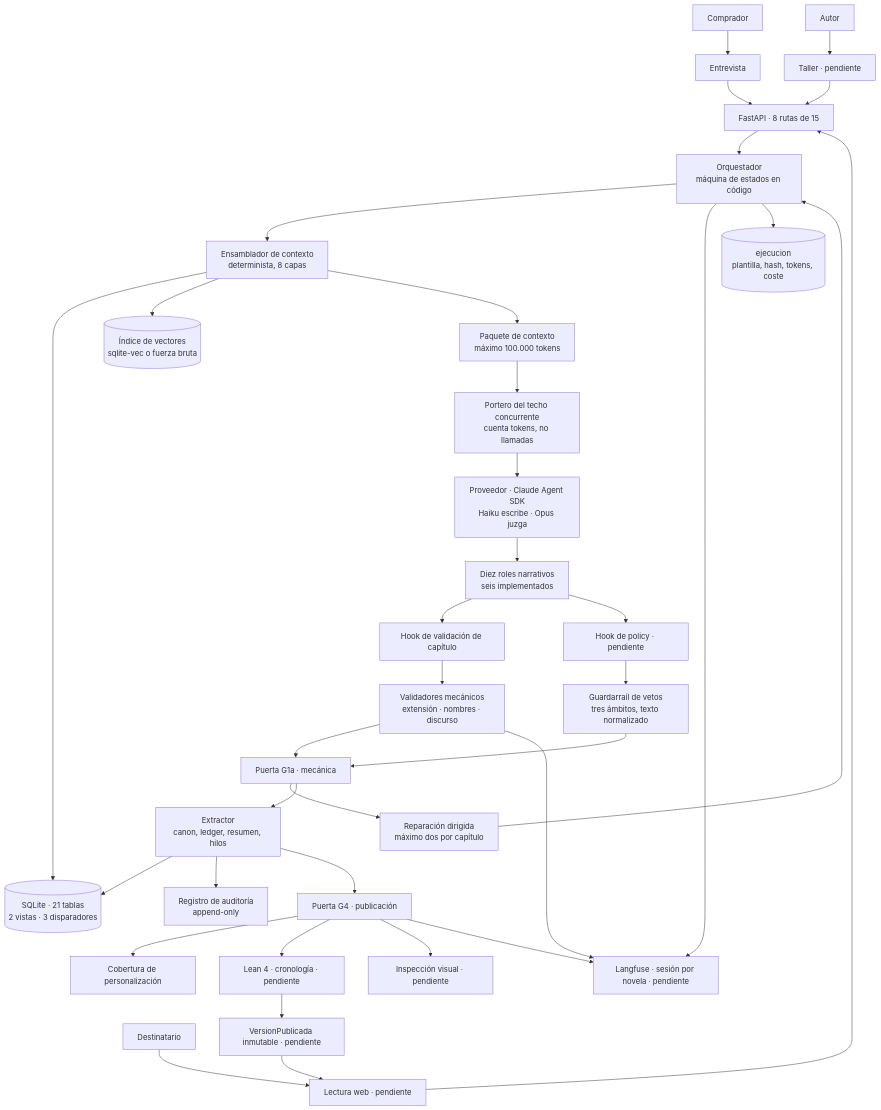
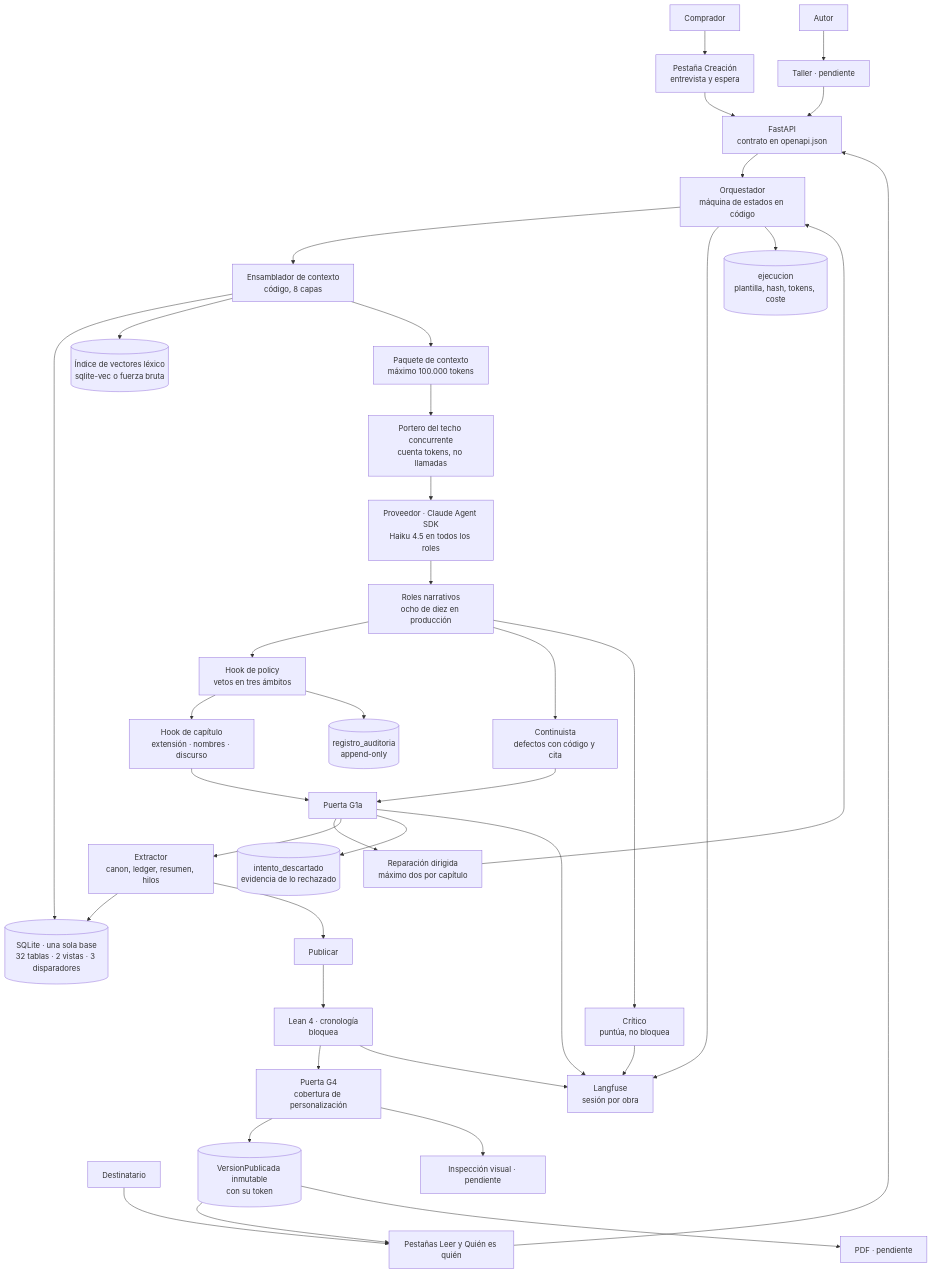
Before and after one commit to maujimenez4/ciberpunk-storymaker: the first of 8 diagrams in docs/proceso/diagramas.md, drawn with Mermaid. The commit also changed other lines of this file and 2 other files, not shown here.

````diff
--- a/docs/proceso/diagramas.md
+++ b/docs/proceso/diagramas.md
@@ -20,44 +24,46 @@
 ```mermaid
 flowchart TD
-  COMP["Comprador"] --> ENTR["Entrevista"]
-  DEST["Destinatario"] --> LECT["Lectura web · pendiente"]
+  COMP["Comprador"] --> CREA["Pestaña Creación<br/>entrevista y espera"]
+  DEST["Destinatario"] --> LECT["Pestañas Leer y Quién es quién"]
   AUT["Autor"] --> TALL["Taller · pendiente"]
 
-  ENTR --> API["FastAPI · 8 rutas de 15"]
+  CREA --> API["FastAPI<br/>contrato en openapi.json"]
   LECT --> API
   TALL --> API
 
   API --> ORQ["Orquestador<br/>máquina de estados en código"]
-  ORQ --> ENS["Ensamblador de contexto<br/>determinista, 8 capas"]
-  ENS --> DB[("SQLite · 21 tablas<br/>2 vistas · 3 disparadores")]
-  ENS --> VEC[("Índice de vectores<br/>sqlite-vec o fuerza bruta")]
+  ORQ --> ENS["Ensamblador de contexto<br/>código, 8 capas"]
+  ENS --> DB[("SQLite · una sola base<br/>32 tablas · 2 vistas · 3 disparadores")]
+  ENS --> VEC[("Índice de vectores léxico<br/>sqlite-vec o fuerza bruta")]
   ENS --> PAQ["Paquete de contexto<br/>máximo 100.000 tokens"]
 
   PAQ --> PORT["Portero del techo concurrente<br/>cuenta tokens, no llamadas"]
-  PORT --> LLM["Proveedor · Claude Agent SDK<br/>Haiku escribe · Opus juzga"]
-  LLM --> ROL["Diez roles narrativos<br/>seis implementados"]
-  ROL --> HOOK["Hook de validación de capítulo"]
-  ROL --> POL["Hook de policy · pendiente"]
-
-  HOOK --> VAL["Validadores mecánicos<br/>extensión · nombres · discurso"]
-  POL --> VET["Guardarraíl de vetos<br/>tres ámbitos, texto normalizado"]
-  VAL --> G1["Puerta G1a · mecánica"]
-  VET --> G1
+  PORT --> LLM["Proveedor · Claude Agent SDK<br/>Haiku 4.5 en todos los roles"]
+  LLM --> ROL["Roles narrativos<br/>ocho de diez en producción"]
+  ROL --> POL["Hook de policy<br/>vetos en tres ámbitos"]
+  POL --> HOOK["Hook de capítulo<br/>extensión · nombres · discurso"]
+  ROL --> CONT["Continuista<br/>defectos con código y cita"]
+  CONT --> G1["Puerta G1a"]
+  HOOK --> G1
+  ROL --> CRIT["Crítico<br/>puntúa, no bloquea"]
   G1 --> REP["Reparación dirigida<br/>máximo dos por capítulo"]
   REP --> ORQ
   G1 --> EXT["Extractor<br/>canon, ledger, resumen, hilos"]
+  G1 --> DESC[("intento_descartado<br/>evidencia de lo rechazado")]
   EXT --> DB
-  EXT --> AUD["Registro de auditoría<br/>append-only"]
+  POL --> AUD[("registro_auditoria<br/>append-only")]
 
-  EXT --> G4["Puerta G4 · publicación"]
-  G4 --> COB["Cobertura de personalización"]
-  G4 --> LEAN["Lean 4 · cronología · pendiente"]
+  EXT --> PUBL["Publicar"]
+  PUBL --> LEAN["Lean 4 · cronología<br/>bloquea"]
+  LEAN --> G4["Puerta G4<br/>cobertura de personalización"]
+  G4 --> VP[("VersionPublicada inmutable<br/>con su token")]
+  VP --> LECT
+  VP --> PDF["PDF · pendiente"]
   G4 --> VIS["Inspección visual · pendiente"]
-  LEAN --> PUB["VersionPublicada inmutable · pendiente"]
-  PUB --> LECT
 
-  ORQ --> OBS["Langfuse · sesión por novela · pendiente"]
-  VAL --> OBS
-  G4 --> OBS
+  ORQ --> OBS["Langfuse<br/>sesión por obra"]
+  G1 --> OBS
+  CRIT --> OBS
+  LEAN --> OBS
   ORQ --> EJEC[("ejecucion<br/>plantilla, hash, tokens, coste")]
 ```
````
